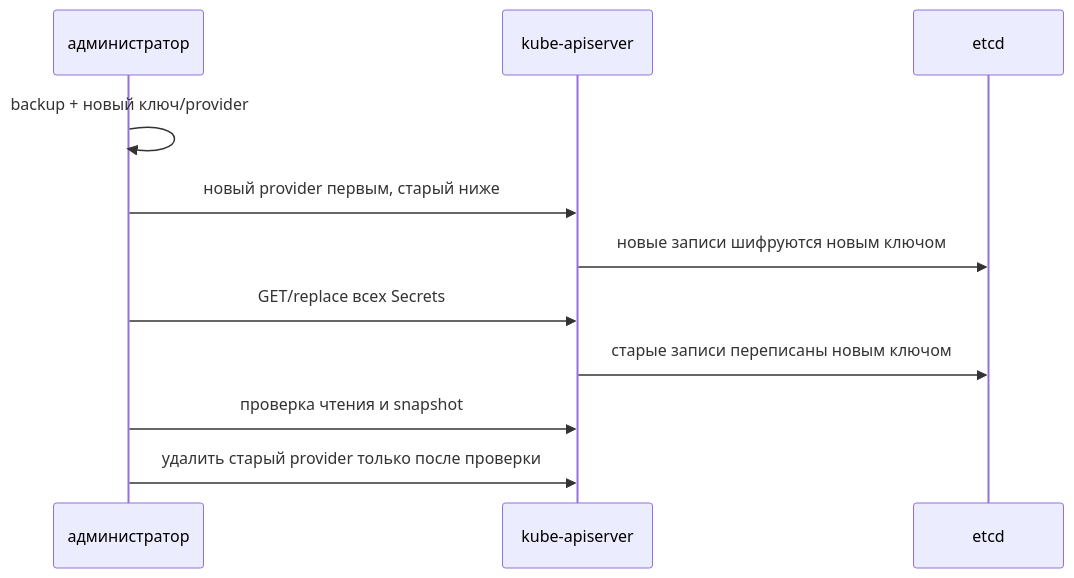
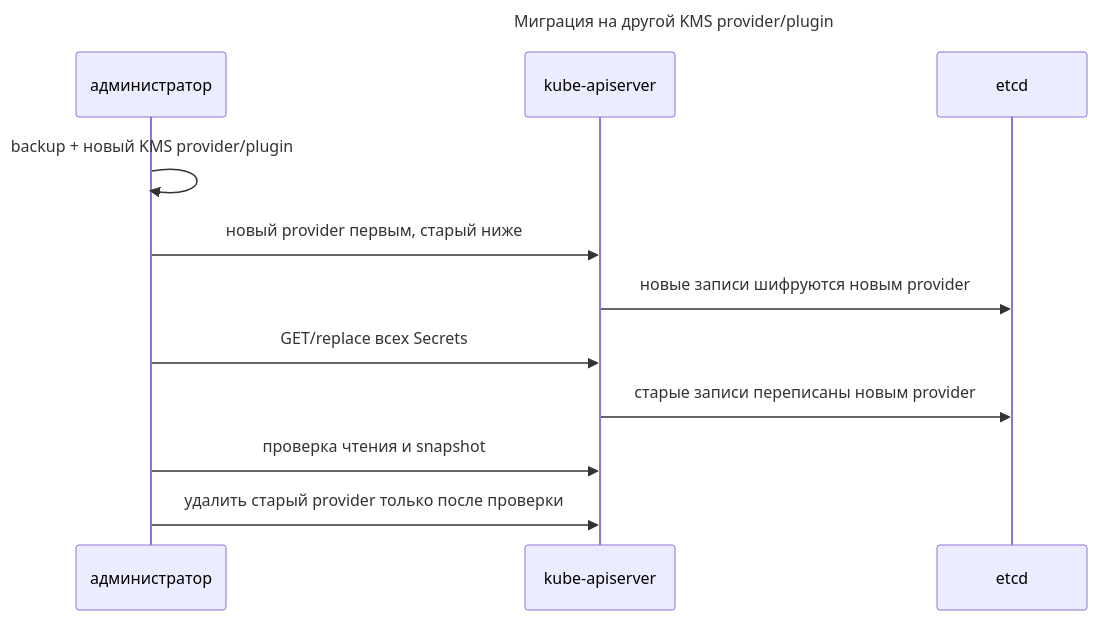
Before and after one commit to ViktorUJ/cks: the fourth of 4 diagrams in tasks/cks/course/21/ru.md, drawn with Mermaid. The commit also changed other lines of this file and 6 other files, not shown here.

````diff
--- a/tasks/cks/course/21/ru.md
+++ b/tasks/cks/course/21/ru.md
@@ -464,13 +511,14 @@
 ```mermaid
 sequenceDiagram
+    title Миграция на другой KMS provider/plugin
     participant A as администратор
     participant API as kube-apiserver
     participant E as etcd
-    A->>A: backup + новый ключ/provider
+    A->>A: backup + новый KMS provider/plugin
     A->>API: новый provider первым, старый ниже
-    API->>E: новые записи шифруются новым ключом
+    API->>E: новые записи шифруются новым provider
     A->>API: GET/replace всех Secrets
-    API->>E: старые записи переписаны новым ключом
+    API->>E: старые записи переписаны новым provider
     A->>API: проверка чтения и snapshot
     A->>API: удалить старый provider только после проверки
 ```
````
